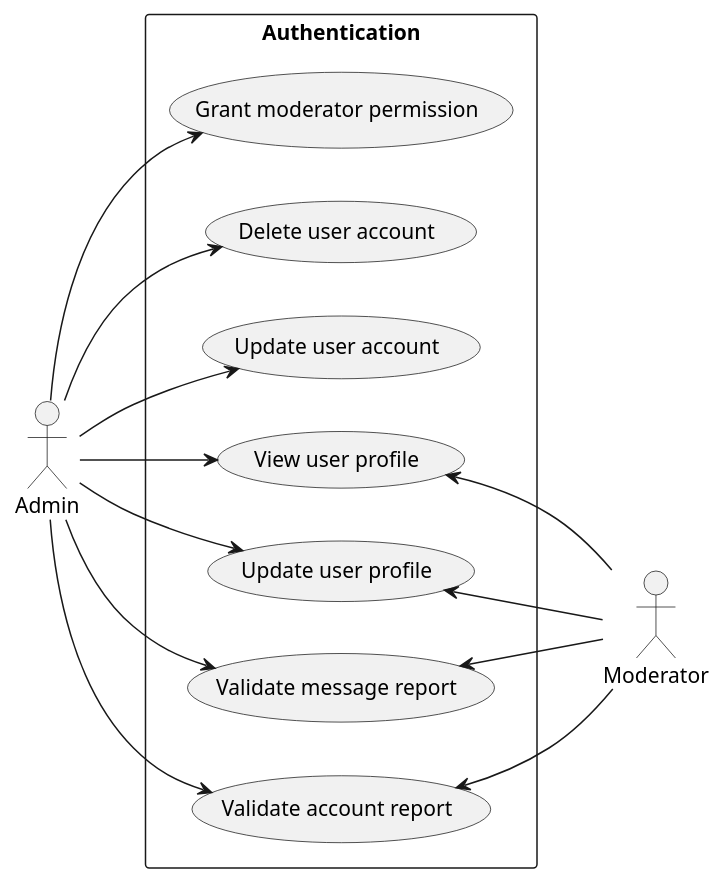
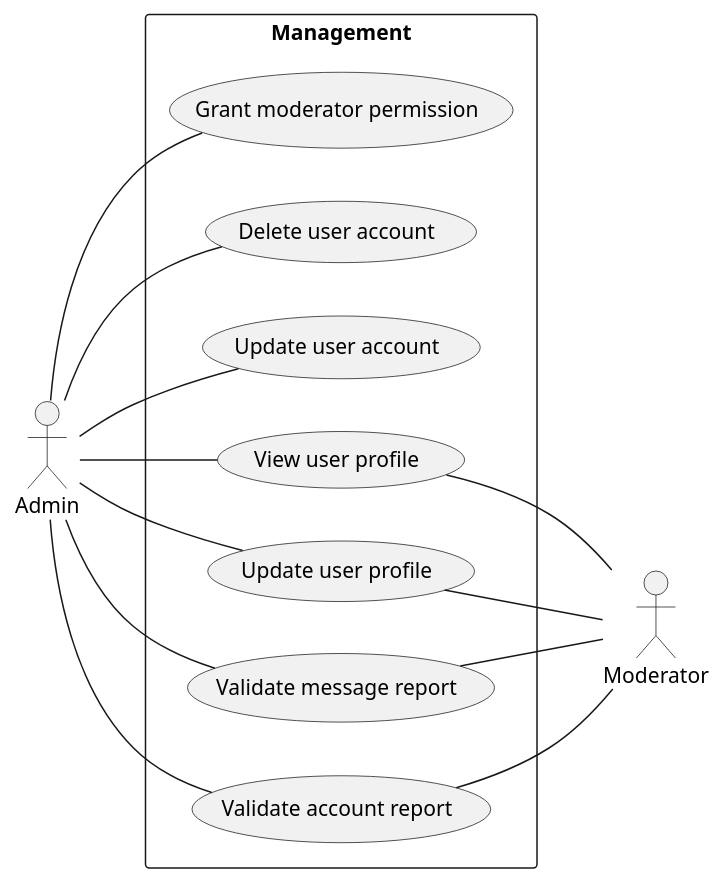
Before and after one commit to dkdeptrai/SE357-Practice_Class: the diagram in Lab1/Lab1.2/usecase_diagram/use_case_user_management.puml, drawn with PlantUML. The commit also changed 6 other files, not shown here.

Commit message:
chore: remove arrows in use case diagram

```diff
--- a/Lab1/Lab1.2/usecase_diagram/use_case_user_management.puml
+++ b/Lab1/Lab1.2/usecase_diagram/use_case_user_management.puml
@@ -1,28 +1,28 @@
 @startuml
 :Moderator: as mod
 :Admin: as ad
 
 left to right direction
-rectangle Authentication {
+rectangle Management {
   (Grant moderator permission) as grantPermission
   (Delete user account) as deleteAccount
   (Update user account) as updateAccount
   (View user profile) as viewProfile
   (Update user profile) as updateProfile
   (Validate message report) as validateMessage
   (Validate account report) as validateAccount
 }
 
-ad --> grantPermission
-ad --> deleteAccount
-ad --> updateAccount
-ad --> viewProfile
-ad --> updateProfile
-ad --> validateMessage
-ad --> validateAccount
+ad -- grantPermission
+ad -- deleteAccount
+ad -- updateAccount
+ad -- viewProfile
+ad -- updateProfile
+ad -- validateMessage
+ad -- validateAccount
 
-viewProfile <-- mod
-updateProfile <-- mod
-validateMessage <-- mod
-validateAccount <-- mod
+viewProfile -- mod
+updateProfile -- mod
+validateMessage -- mod
+validateAccount -- mod
 @enduml
```
